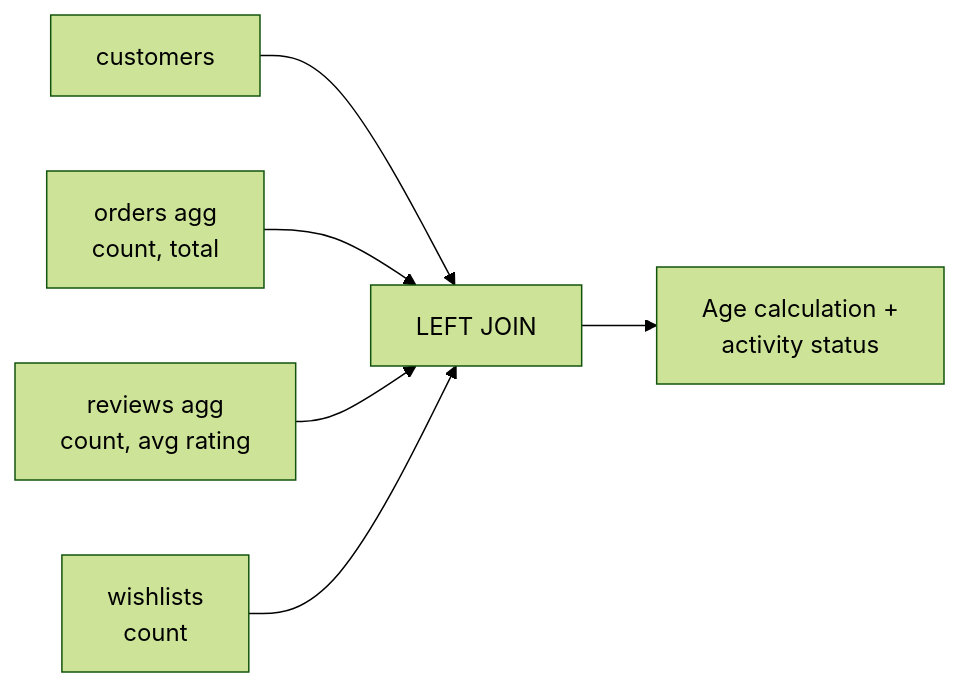
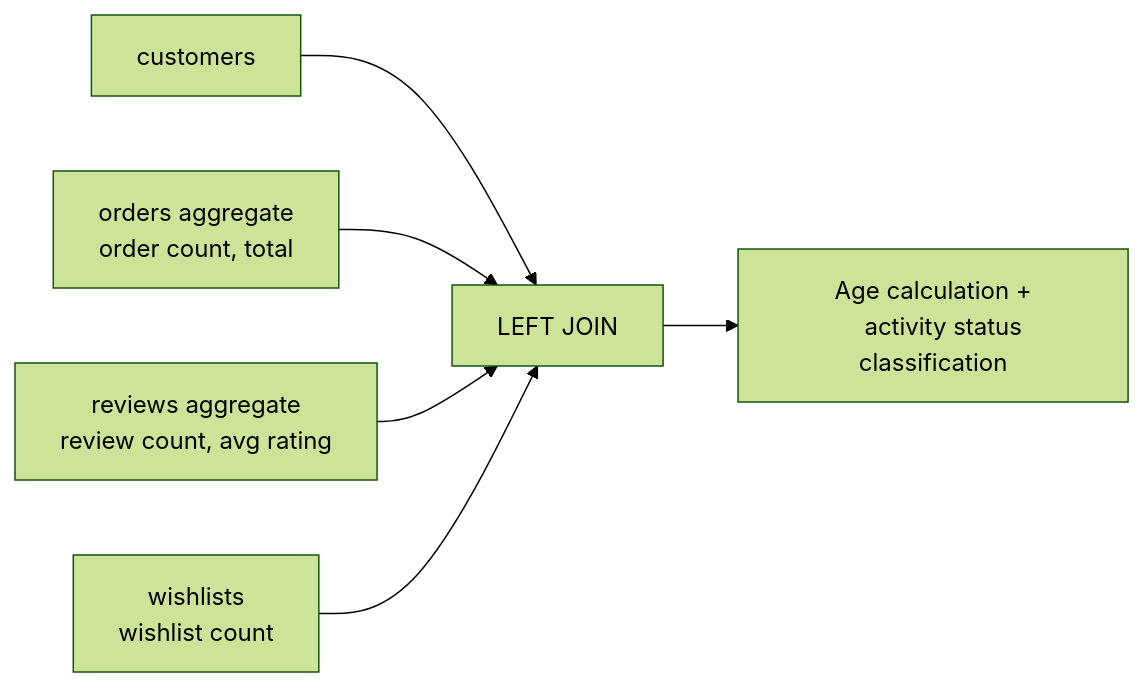
Before and after one commit to civilian7/sql-tutorial: the fifth of 18 diagrams in docs/en/schema/views.md, drawn with Mermaid (forest theme). The commit also changed other lines of this file and 121 other files, not shown here.

````diff
--- a/docs/en/schema/views.md
+++ b/docs/en/schema/views.md
@@ -486,12 +501,12 @@
 ```mermaid
 flowchart LR
     A["customers"] --> E["LEFT JOIN"]
-    B["orders agg
-    count, total"] --> E
-    C["reviews agg
-    count, avg rating"] --> E
+    B["orders aggregate
+    order count, total"] --> E
+    C["reviews aggregate
+    review count, avg rating"] --> E
     D["wishlists
-    count"] --> E
+    wishlist count"] --> E
     E --> F["Age calculation +
-    activity status"]
+    activity status classification"]
 ```
````
